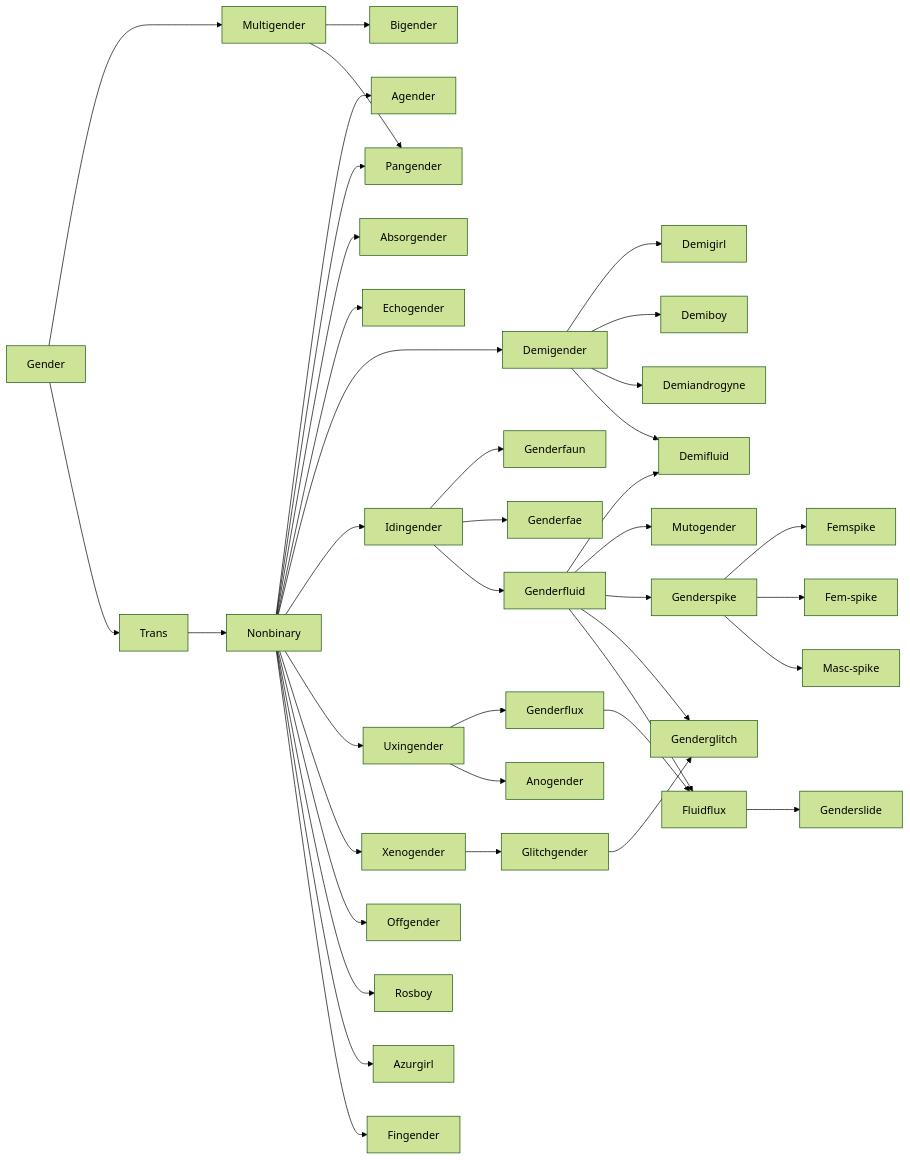
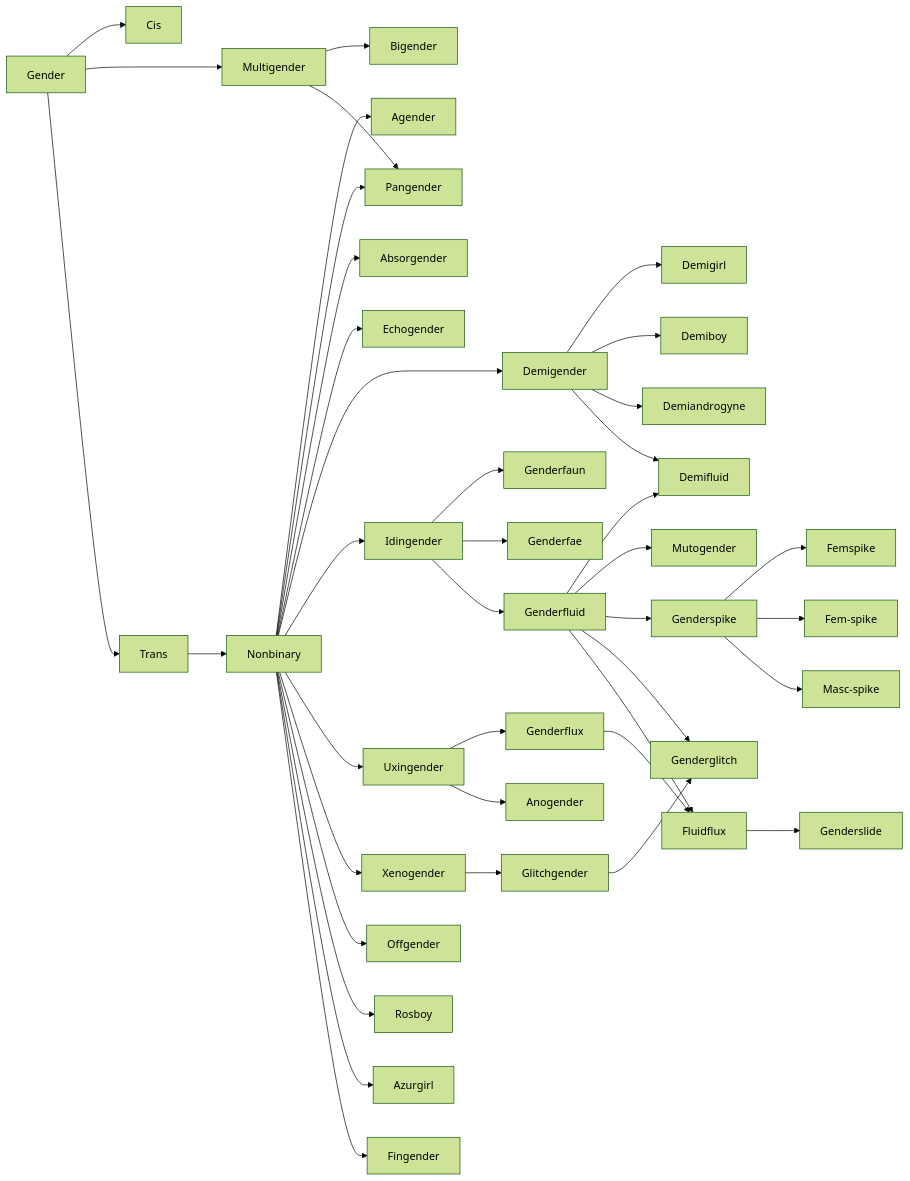
One commit to flare-proto/flare-proto.github.io changed the diagram in docs/blog/posts/genders.md. Above: the diagram before and after it, drawn with Mermaid (forest theme).

````diff
--- a/docs/blog/posts/genders.md
+++ b/docs/blog/posts/genders.md
@@ -11,6 +11,9 @@
 ```mermaid
 flowchart LR
     Gender
+
+    Cis
+    Gender-->Cis
 
     Multigender 
     Gender-->Multigender 
````
